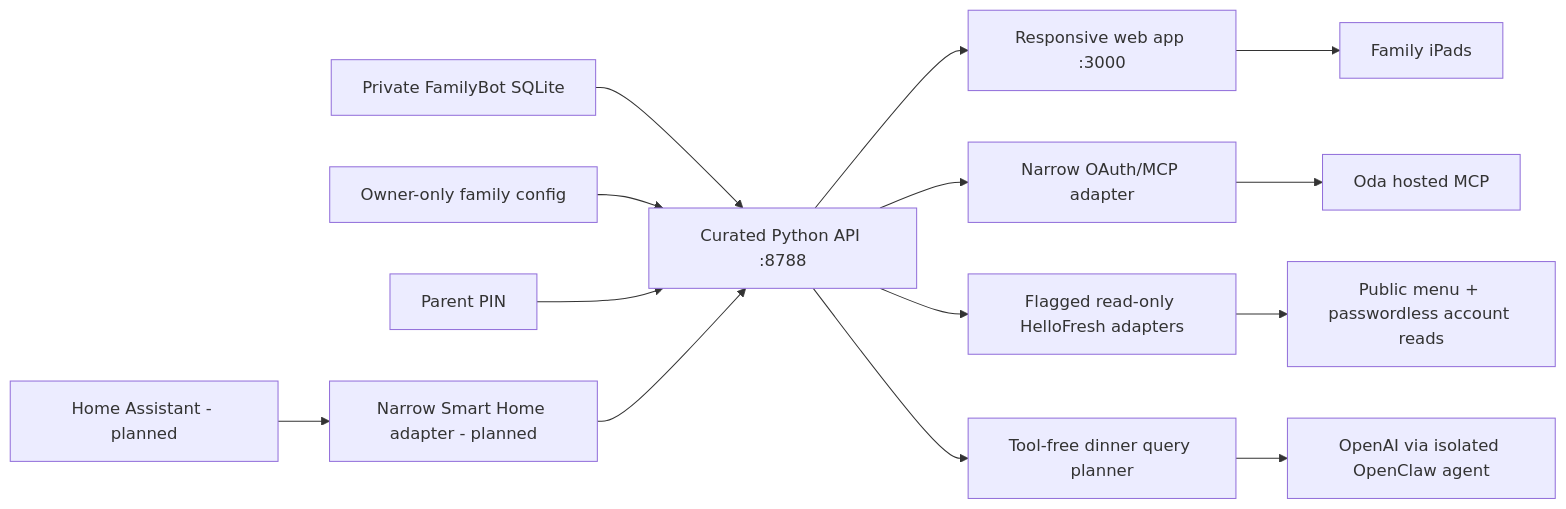
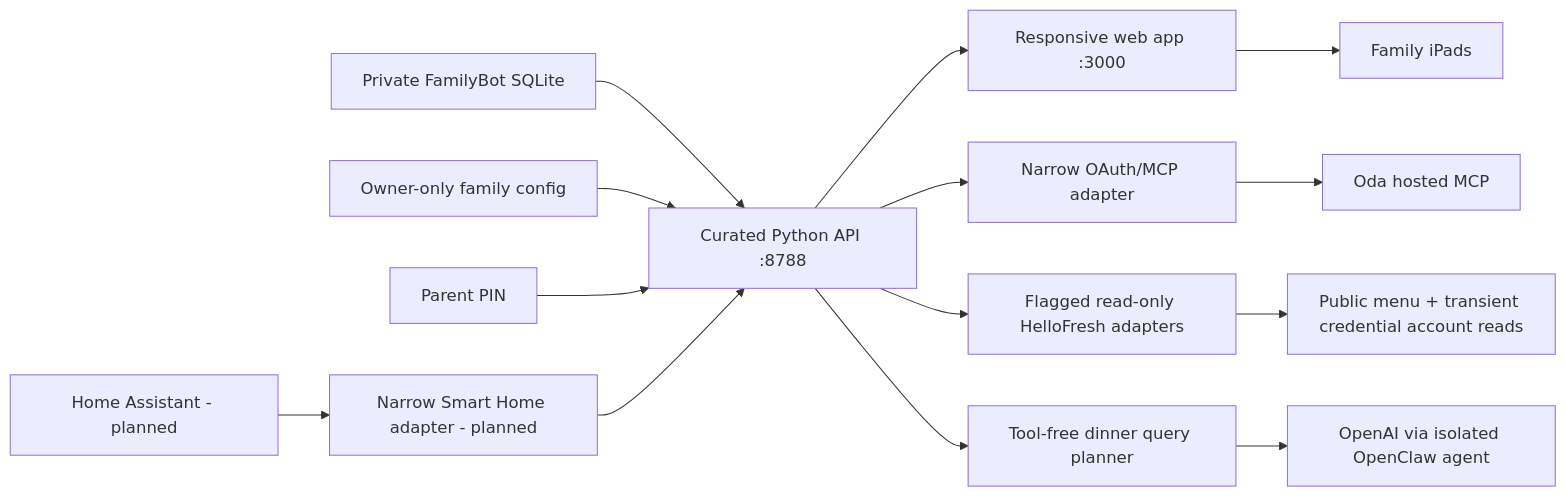
One commit to TrygveAasheim/familybot-portal changed the diagram in docs/DEVELOPMENT_GUIDE.md. Above: the diagram before and after it, drawn with Mermaid. The commit also changed other lines of this file and 15 other files, not shown here.

````diff
--- a/docs/DEVELOPMENT_GUIDE.md
+++ b/docs/DEVELOPMENT_GUIDE.md
@@ -25,16 +25,16 @@
 ```mermaid
 flowchart LR
   DB["Private FamilyBot SQLite"] --> API["Curated Python API :8788"]
   Config["Owner-only family config"] --> API
   API --> Web["Responsive web app :3000"]
   API --> Oda["Narrow OAuth/MCP adapter"]
   Oda --> OdaMCP["Oda hosted MCP"]
   API --> HF["Flagged read-only HelloFresh adapters"]
-  HF --> HFNO["Public menu + passwordless account reads"]
+  HF --> HFNO["Public menu + transient credential account reads"]
   API --> Dinner["Tool-free dinner query planner"]
   Dinner --> OpenAI["OpenAI via isolated OpenClaw agent"]
   Web --> iPad["Family iPads"]
   Parent["Parent PIN"] --> API
   HA["Home Assistant - planned"] --> Smart["Narrow Smart Home adapter - planned"]
   Smart --> API
 ```
````
